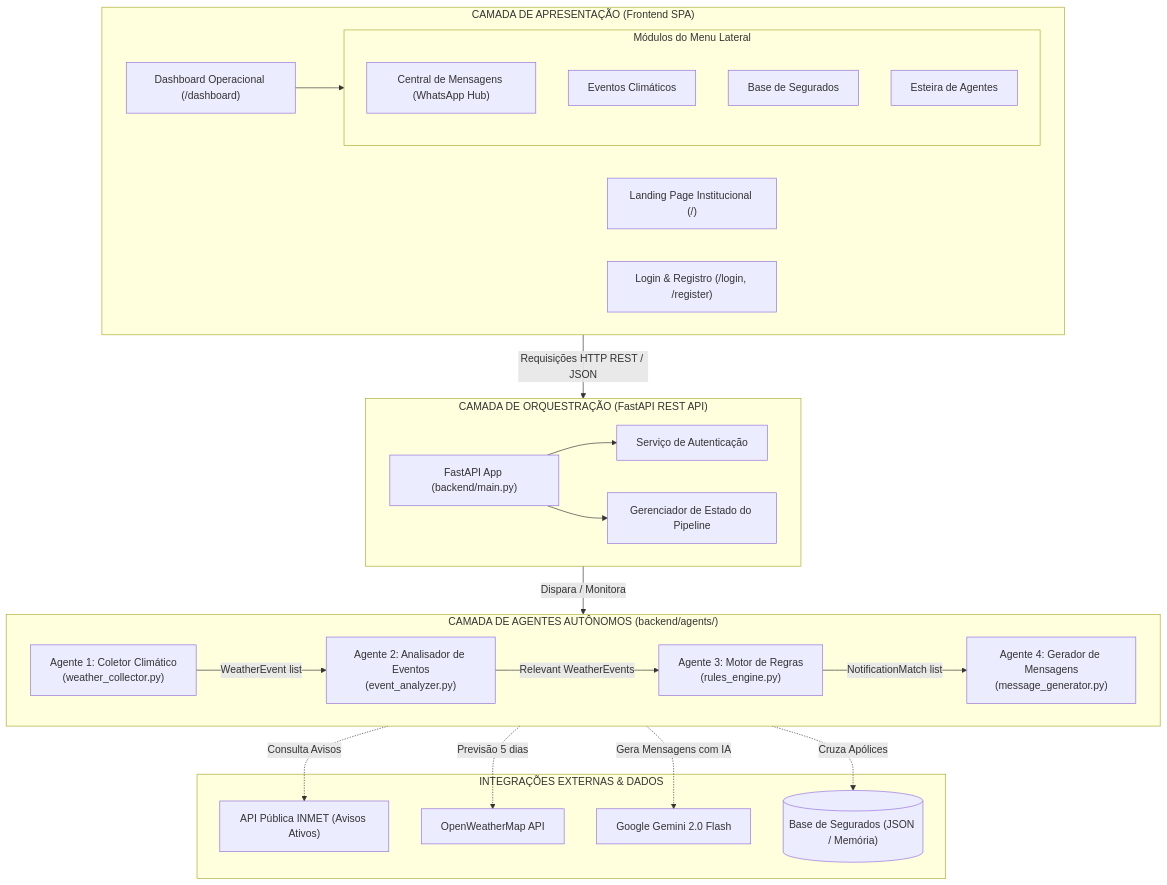
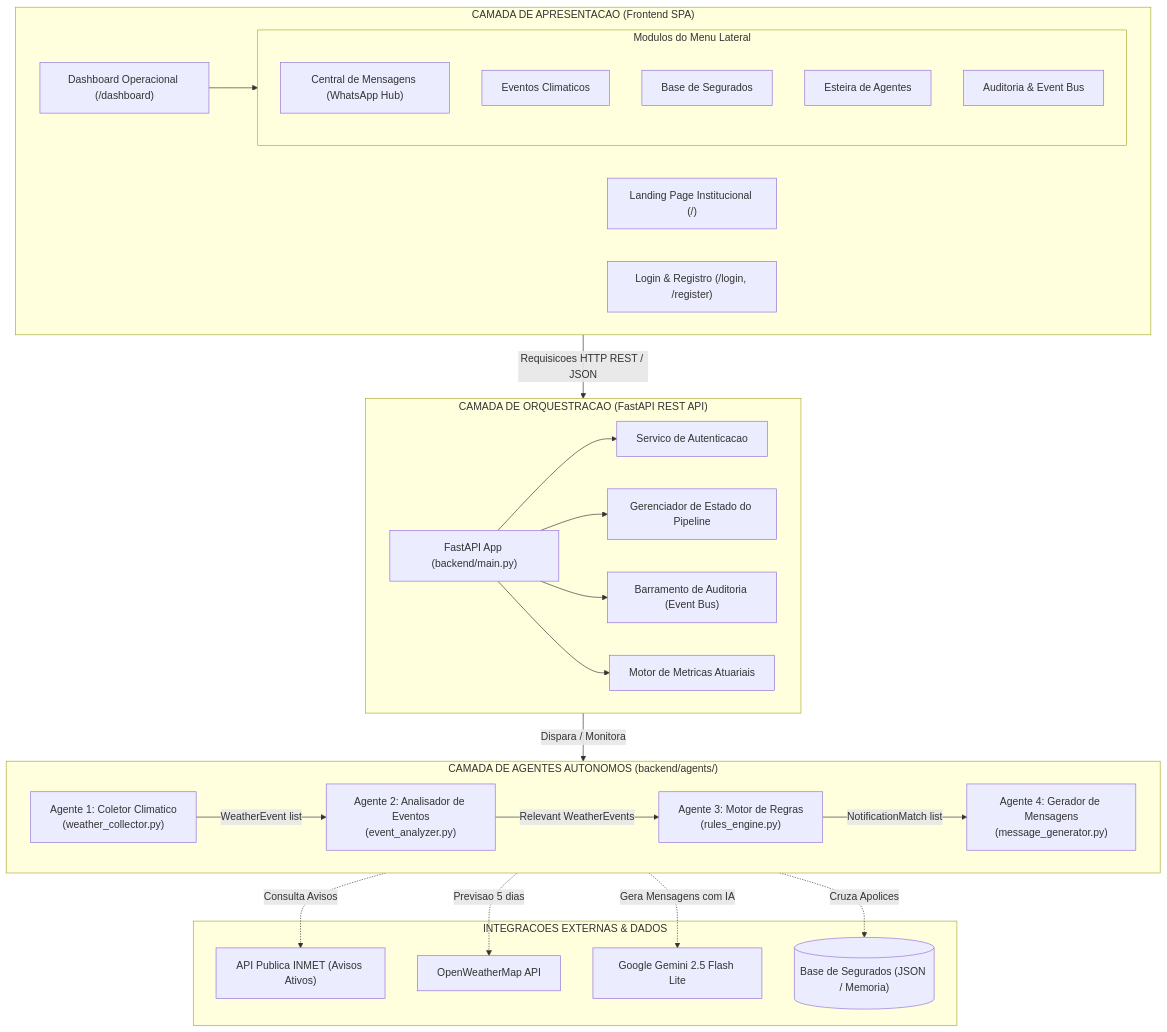
Before and after one commit to jpscard/InsurMinds: the first of 2 diagrams in Desafio_5/relatorio_sistema.md, drawn with Mermaid. The commit also changed other lines of this file and 18 other files, not shown here.

First line of the commit message:
feat(desafio-5): InsureAlert - Sistema Multi-Agente de Comunicação Proativa com Segurados

````diff
--- a/Desafio_5/relatorio_sistema.md
+++ b/Desafio_5/relatorio_sistema.md
@@ -39,50 +41,55 @@
 ```mermaid
 graph TD
-    subgraph Apresentacao["CAMADA DE APRESENTAÇÃO (Frontend SPA)"]
+    subgraph Apresentacao["CAMADA DE APRESENTACAO (Frontend SPA)"]
         LP["Landing Page Institucional (/)"]
         Auth["Login & Registro (/login, /register)"]
         Dash["Dashboard Operacional (/dashboard)"]
-        subgraph ModulosDash["Módulos do Menu Lateral"]
+        subgraph ModulosDash["Modulos do Menu Lateral"]
             M1["Central de Mensagens (WhatsApp Hub)"]
-            M2["Eventos Climáticos"]
+            M2["Eventos Climaticos"]
             M3["Base de Segurados"]
             M4["Esteira de Agentes"]
+            M5["Auditoria & Event Bus"]
         end
         Dash --> ModulosDash
     end
 
-    subgraph Orquestracao["CAMADA DE ORQUESTRAÇÃO (FastAPI REST API)"]
+    subgraph Orquestracao["CAMADA DE ORQUESTRACAO (FastAPI REST API)"]
         API["FastAPI App (backend/main.py)"]
-        AuthSvc["Serviço de Autenticação"]
+        AuthSvc["Servico de Autenticacao"]
         PipeState["Gerenciador de Estado do Pipeline"]
+        EventBus["Barramento de Auditoria (Event Bus)"]
+        Actuarial["Motor de Metricas Atuariais"]
         API --> AuthSvc
         API --> PipeState
+        API --> EventBus
+        API --> Actuarial
     end
 
-    subgraph Agentes["CAMADA DE AGENTES AUTÔNOMOS (backend/agents/)"]
+    subgraph Agentes["CAMADA DE AGENTES AUTONOMOS (backend/agents/)"]
         direction LR
-        A1["Agente 1: Coletor Climático<br/>(weather_collector.py)"]
+        A1["Agente 1: Coletor Climatico<br/>(weather_collector.py)"]
         A2["Agente 2: Analisador de Eventos<br/>(event_analyzer.py)"]
         A3["Agente 3: Motor de Regras<br/>(rules_engine.py)"]
         A4["Agente 4: Gerador de Mensagens<br/>(message_generator.py)"]
         
         A1 -->|WeatherEvent list| A2
         A2 -->|Relevant WeatherEvents| A3
         A3 -->|NotificationMatch list| A4
     end
 
-    subgraph IntegracoesExternas["INTEGRAÇÕES EXTERNAS & DADOS"]
-        INMET["API Pública INMET (Avisos Ativos)"]
+    subgraph IntegracoesExternas["INTEGRACOES EXTERNAS & DADOS"]
+        INMET["API Publica INMET (Avisos Ativos)"]
         OWM["OpenWeatherMap API"]
-        GEMINI["Google Gemini 2.0 Flash"]
-        DB[("Base de Segurados (JSON / Memória)")]
+        GEMINI["Google Gemini 2.5 Flash Lite"]
+        DB[("Base de Segurados (JSON / Memoria)")]
     end
 
-    Apresentacao -->|Requisições HTTP REST / JSON| Orquestracao
+    Apresentacao -->|Requisicoes HTTP REST / JSON| Orquestracao
     Orquestracao -->|Dispara / Monitora| Agentes
 
     A1 -.->|Consulta Avisos| INMET
-    A1 -.->|Previsão 5 dias| OWM
-    A3 -.->|Cruza Apólices| DB
+    A1 -.->|Previsao 5 dias| OWM
+    A3 -.->|Cruza Apolices| DB
     A4 -.->|Gera Mensagens com IA| GEMINI
 ```
````
